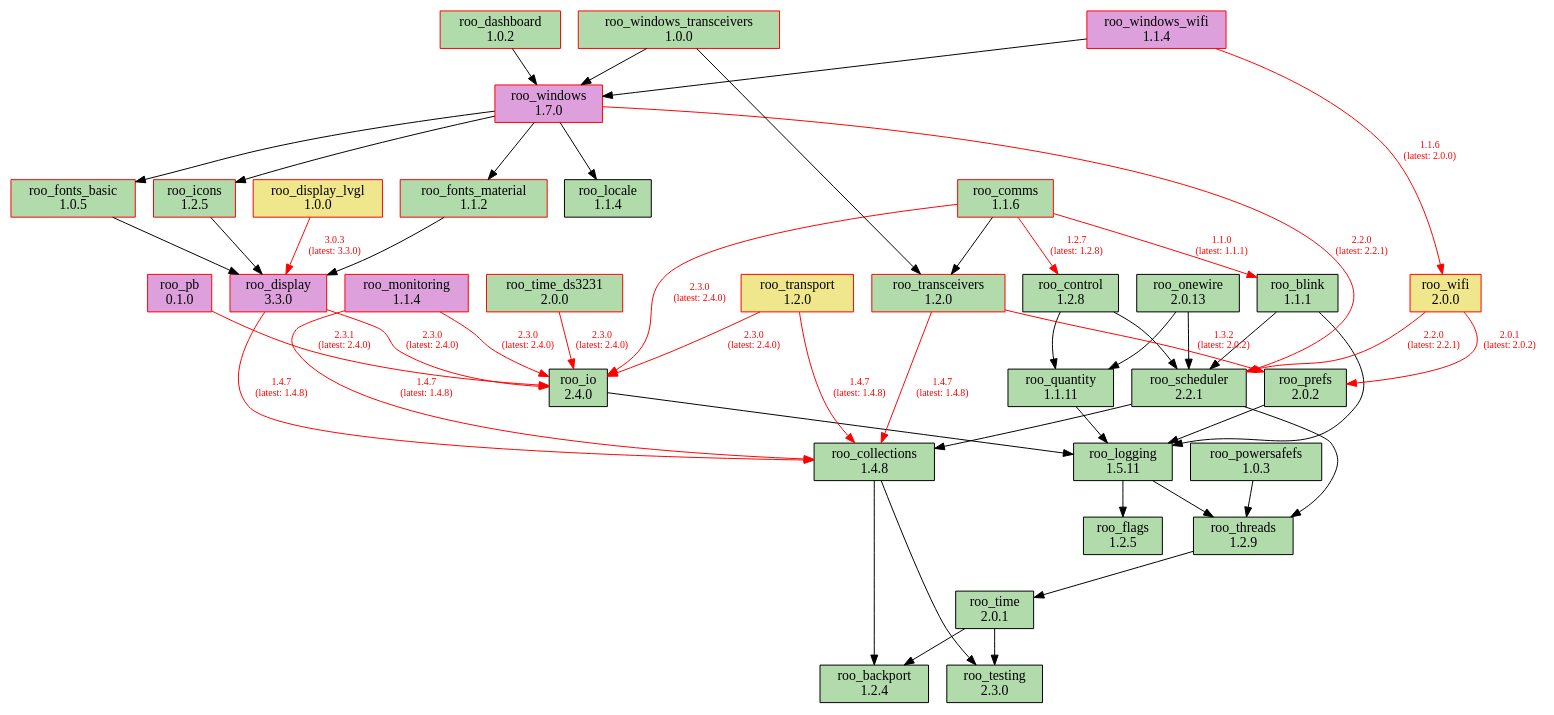
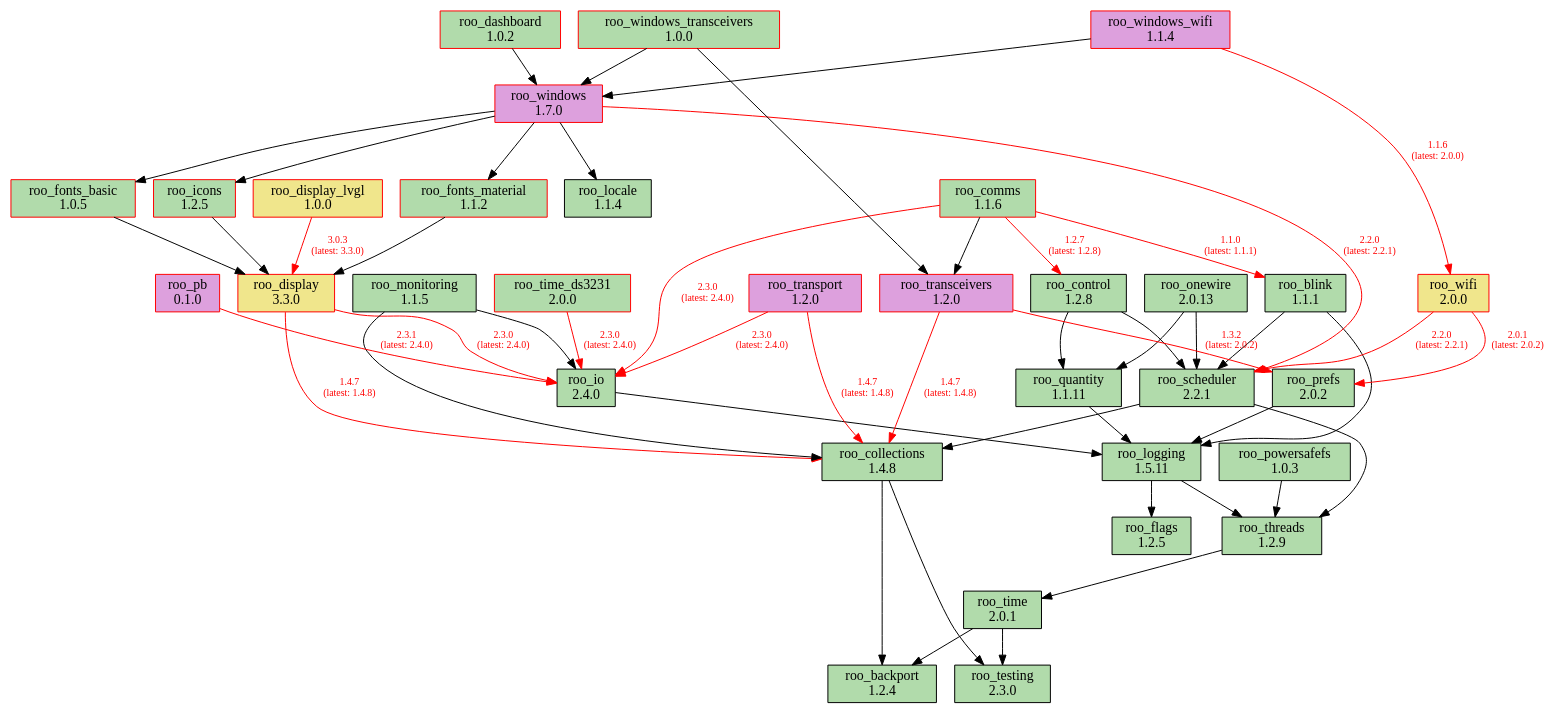
One commit to dejwk/roo-registry changed the diagram in doc/dependencies.dot. Above: the diagram before and after it, drawn with Graphviz. The commit also changed 3 other files, not shown here.

Commit message:
Added roo_monitoring 1.1.5 to the registry.

```diff
--- a/doc/dependencies.dot
+++ b/doc/dependencies.dot
@@ -1,90 +1,90 @@
 digraph dependencies {
     rankdir=TB;
     node [shape=box, style=filled];
     edge [fontsize=10];
 
     // Modules
     "roo_backport" [label="roo_backport\n1.2.4", fillcolor="#b1dbab", color="black"];
     "roo_blink" [label="roo_blink\n1.1.1", fillcolor="#b1dbab", color="black"];
     "roo_collections" [label="roo_collections\n1.4.8", fillcolor="#b1dbab", color="black"];
     "roo_comms" [label="roo_comms\n1.1.6", fillcolor="#b1dbab", color="red"];
     "roo_control" [label="roo_control\n1.2.8", fillcolor="#b1dbab", color="black"];
     "roo_dashboard" [label="roo_dashboard\n1.0.2", fillcolor="#b1dbab", color="red"];
-    "roo_display" [label="roo_display\n3.3.0", fillcolor="plum", color="red"];
+    "roo_display" [label="roo_display\n3.3.0", fillcolor="khaki", color="red"];
     "roo_display_lvgl" [label="roo_display_lvgl\n1.0.0", fillcolor="khaki", color="red"];
     "roo_flags" [label="roo_flags\n1.2.5", fillcolor="#b1dbab", color="black"];
     "roo_fonts_basic" [label="roo_fonts_basic\n1.0.5", fillcolor="#b1dbab", color="red"];
     "roo_fonts_material" [label="roo_fonts_material\n1.1.2", fillcolor="#b1dbab", color="red"];
     "roo_icons" [label="roo_icons\n1.2.5", fillcolor="#b1dbab", color="red"];
     "roo_io" [label="roo_io\n2.4.0", fillcolor="#b1dbab", color="black"];
     "roo_locale" [label="roo_locale\n1.1.4", fillcolor="#b1dbab", color="black"];
     "roo_logging" [label="roo_logging\n1.5.11", fillcolor="#b1dbab", color="black"];
-    "roo_monitoring" [label="roo_monitoring\n1.1.4", fillcolor="plum", color="red"];
+    "roo_monitoring" [label="roo_monitoring\n1.1.5", fillcolor="#b1dbab", color="black"];
     "roo_onewire" [label="roo_onewire\n2.0.13", fillcolor="#b1dbab", color="black"];
     "roo_pb" [label="roo_pb\n0.1.0", fillcolor="plum", color="red"];
     "roo_powersafefs" [label="roo_powersafefs\n1.0.3", fillcolor="#b1dbab", color="black"];
     "roo_prefs" [label="roo_prefs\n2.0.2", fillcolor="#b1dbab", color="black"];
     "roo_quantity" [label="roo_quantity\n1.1.11", fillcolor="#b1dbab", color="black"];
     "roo_scheduler" [label="roo_scheduler\n2.2.1", fillcolor="#b1dbab", color="black"];
     "roo_testing" [label="roo_testing\n2.3.0", fillcolor="#b1dbab", color="black"];
     "roo_threads" [label="roo_threads\n1.2.9", fillcolor="#b1dbab", color="black"];
     "roo_time" [label="roo_time\n2.0.1", fillcolor="#b1dbab", color="black"];
     "roo_time_ds3231" [label="roo_time_ds3231\n2.0.0", fillcolor="#b1dbab", color="red"];
-    "roo_transceivers" [label="roo_transceivers\n1.2.0", fillcolor="#b1dbab", color="red"];
-    "roo_transport" [label="roo_transport\n1.2.0", fillcolor="khaki", color="red"];
+    "roo_transceivers" [label="roo_transceivers\n1.2.0", fillcolor="plum", color="red"];
+    "roo_transport" [label="roo_transport\n1.2.0", fillcolor="plum", color="red"];
     "roo_wifi" [label="roo_wifi\n2.0.0", fillcolor="khaki", color="red"];
     "roo_windows" [label="roo_windows\n1.7.0", fillcolor="plum", color="red"];
     "roo_windows_transceivers" [label="roo_windows_transceivers\n1.0.0", fillcolor="#b1dbab", color="red"];
     "roo_windows_wifi" [label="roo_windows_wifi\n1.1.4", fillcolor="plum", color="red"];
 
     // Dependencies
     "roo_blink" -> "roo_logging";
     "roo_blink" -> "roo_scheduler";
     "roo_collections" -> "roo_testing";
     "roo_collections" -> "roo_backport";
     "roo_comms" -> "roo_blink" [color=red, fontcolor=red, label="1.1.0\n(latest: 1.1.1)"];
     "roo_comms" -> "roo_control" [color=red, fontcolor=red, label="1.2.7\n(latest: 1.2.8)"];
     "roo_comms" -> "roo_io" [color=red, fontcolor=red, label="2.3.0\n(latest: 2.4.0)"];
     "roo_comms" -> "roo_transceivers";
     "roo_control" -> "roo_quantity";
     "roo_control" -> "roo_scheduler";
     "roo_dashboard" -> "roo_windows";
     "roo_display" -> "roo_collections" [color=red, fontcolor=red, label="1.4.7\n(latest: 1.4.8)"];
     "roo_display" -> "roo_io" [color=red, fontcolor=red, label="2.3.0\n(latest: 2.4.0)"];
     "roo_display_lvgl" -> "roo_display" [color=red, fontcolor=red, label="3.0.3\n(latest: 3.3.0)"];
     "roo_fonts_basic" -> "roo_display";
     "roo_fonts_material" -> "roo_display";
     "roo_icons" -> "roo_display";
     "roo_io" -> "roo_logging";
     "roo_logging" -> "roo_flags";
     "roo_logging" -> "roo_threads";
-    "roo_monitoring" -> "roo_collections" [color=red, fontcolor=red, label="1.4.7\n(latest: 1.4.8)"];
-    "roo_monitoring" -> "roo_io" [color=red, fontcolor=red, label="2.3.0\n(latest: 2.4.0)"];
+    "roo_monitoring" -> "roo_collections";
+    "roo_monitoring" -> "roo_io";
     "roo_onewire" -> "roo_scheduler";
     "roo_onewire" -> "roo_quantity";
     "roo_pb" -> "roo_io" [color=red, fontcolor=red, label="2.3.1\n(latest: 2.4.0)"];
     "roo_powersafefs" -> "roo_threads";
     "roo_prefs" -> "roo_logging";
     "roo_quantity" -> "roo_logging";
     "roo_scheduler" -> "roo_collections";
     "roo_scheduler" -> "roo_threads";
     "roo_threads" -> "roo_time";
     "roo_time" -> "roo_testing";
     "roo_time" -> "roo_backport";
     "roo_time_ds3231" -> "roo_io" [color=red, fontcolor=red, label="2.3.0\n(latest: 2.4.0)"];
     "roo_transceivers" -> "roo_collections" [color=red, fontcolor=red, label="1.4.7\n(latest: 1.4.8)"];
     "roo_transceivers" -> "roo_prefs" [color=red, fontcolor=red, label="1.3.2\n(latest: 2.0.2)"];
     "roo_transport" -> "roo_collections" [color=red, fontcolor=red, label="1.4.7\n(latest: 1.4.8)"];
     "roo_transport" -> "roo_io" [color=red, fontcolor=red, label="2.3.0\n(latest: 2.4.0)"];
     "roo_wifi" -> "roo_prefs" [color=red, fontcolor=red, label="2.0.1\n(latest: 2.0.2)"];
     "roo_wifi" -> "roo_scheduler" [color=red, fontcolor=red, label="2.2.0\n(latest: 2.2.1)"];
     "roo_windows" -> "roo_fonts_basic";
     "roo_windows" -> "roo_fonts_material";
     "roo_windows" -> "roo_locale";
     "roo_windows" -> "roo_icons";
     "roo_windows" -> "roo_scheduler" [color=red, fontcolor=red, label="2.2.0\n(latest: 2.2.1)"];
     "roo_windows_transceivers" -> "roo_transceivers";
     "roo_windows_transceivers" -> "roo_windows";
     "roo_windows_wifi" -> "roo_wifi" [color=red, fontcolor=red, label="1.1.6\n(latest: 2.0.0)"];
     "roo_windows_wifi" -> "roo_windows";
 }
```
